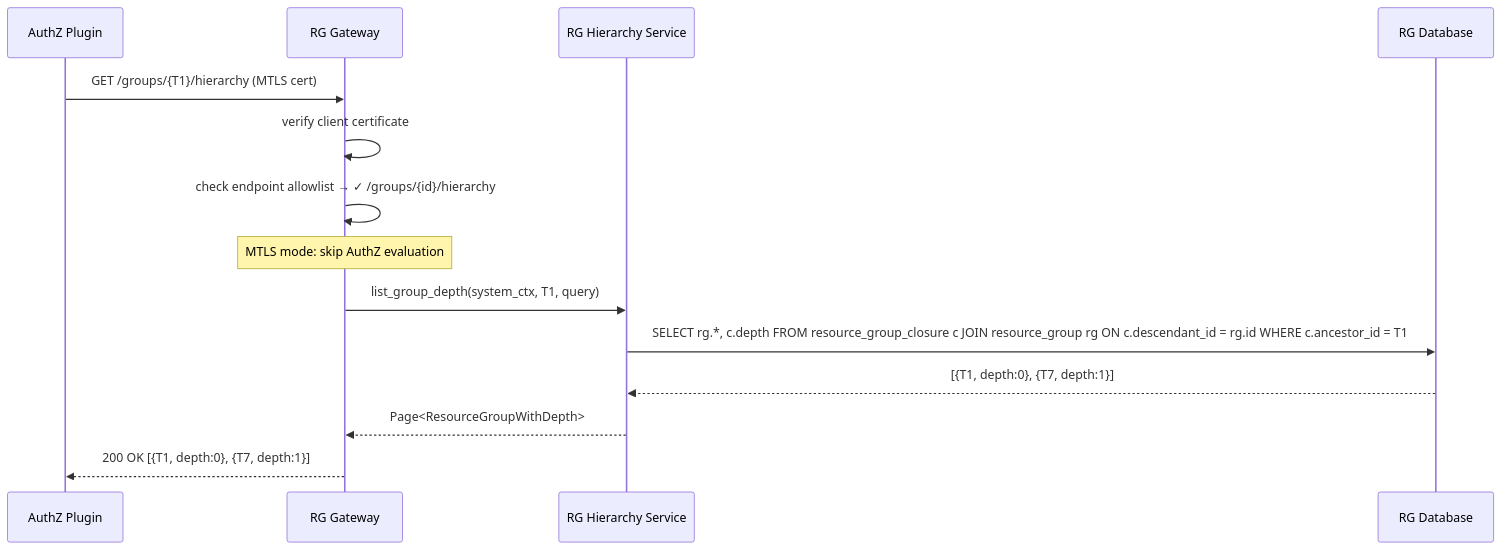
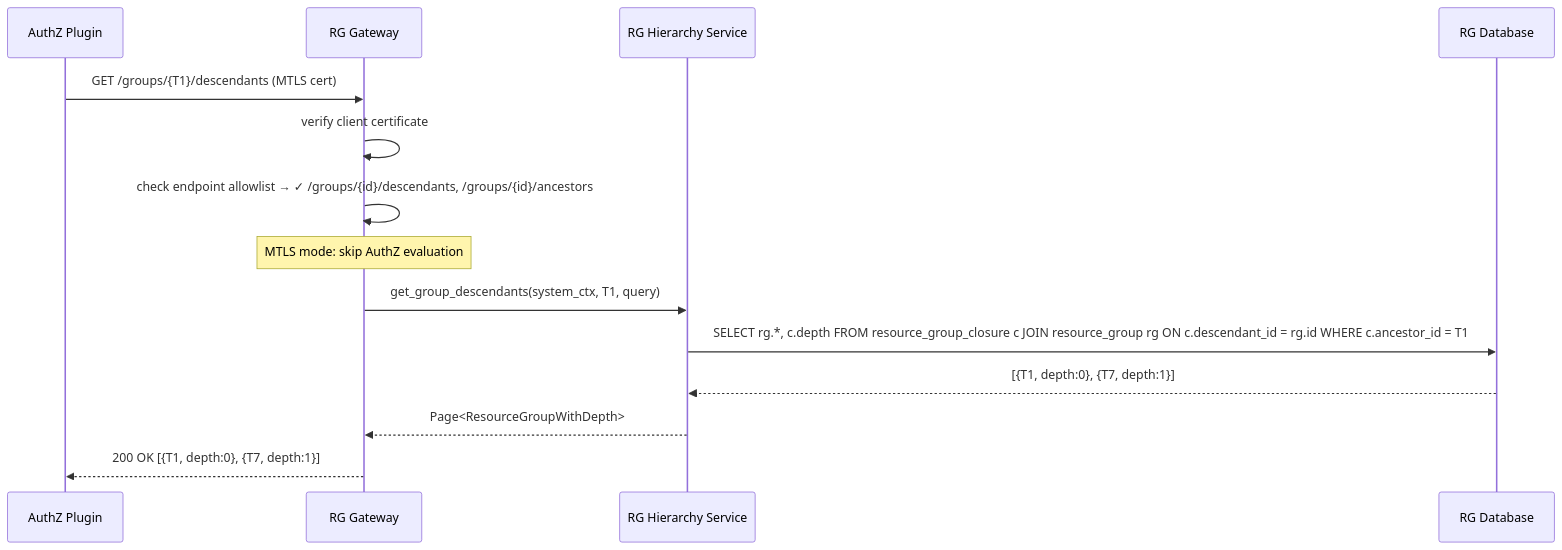
Before and after one commit to constructorfabric/gears-rust: the seventh of 8 diagrams in modules/system/resource-group/docs/DESIGN.md, drawn with Mermaid. The commit also changed other lines of this file and 31 other files, not shown here.

First line of the commit message:
refactor(resource-group): split list_group_depth into get_group_descendants/get_group_ancestors

````diff
--- a/modules/system/resource-group/docs/DESIGN.md
+++ b/modules/system/resource-group/docs/DESIGN.md
@@ -915,19 +920,19 @@
 ```mermaid
 sequenceDiagram
     participant AZ as AuthZ Plugin
     participant RG_GW as RG Gateway
     participant RG_SVC as RG Hierarchy Service
     participant DB as RG Database
 
-    AZ->>RG_GW: GET /groups/{T1}/hierarchy (MTLS cert)
+    AZ->>RG_GW: GET /groups/{T1}/descendants (MTLS cert)
     RG_GW->>RG_GW: verify client certificate
-    RG_GW->>RG_GW: check endpoint allowlist → ✓ /groups/{id}/hierarchy
+    RG_GW->>RG_GW: check endpoint allowlist → ✓ /groups/{id}/descendants, /groups/{id}/ancestors
 
     Note over RG_GW: MTLS mode: skip AuthZ evaluation
 
-    RG_GW->>RG_SVC: list_group_depth(system_ctx, T1, query)
+    RG_GW->>RG_SVC: get_group_descendants(system_ctx, T1, query)
     RG_SVC->>DB: SELECT rg.*, c.depth FROM resource_group_closure c JOIN resource_group rg ON c.descendant_id = rg.id WHERE c.ancestor_id = T1
     DB-->>RG_SVC: [{T1, depth:0}, {T7, depth:1}]
     RG_SVC-->>RG_GW: Page<ResourceGroupWithDepth>
     RG_GW-->>AZ: 200 OK [{T1, depth:0}, {T7, depth:1}]
 ```
````
